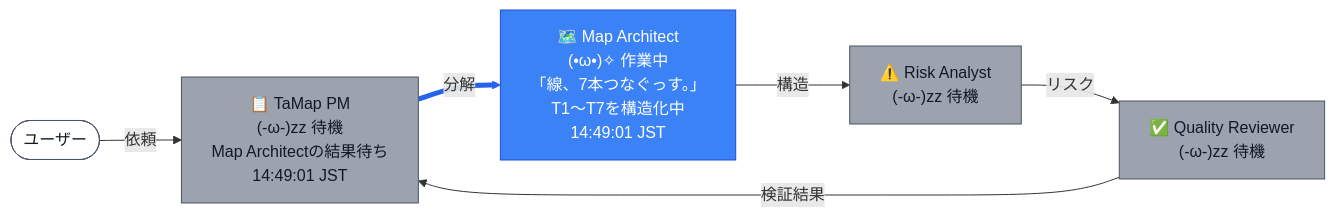
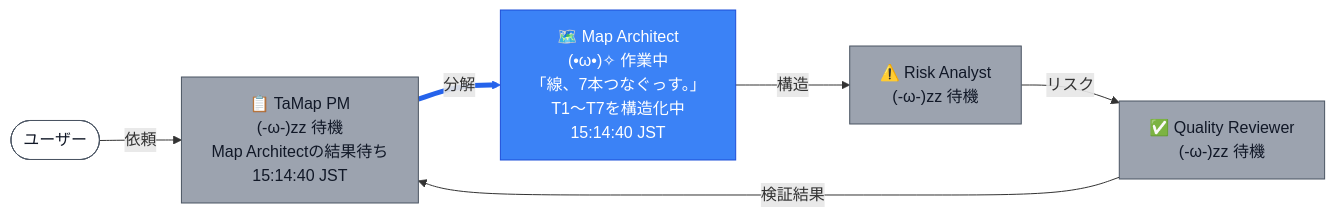
The sixth of 14 diagrams in docs/sample_output.md (nekomario28/tamap), drawn with Mermaid before and after one commit. The commit also changed other lines of this file and 10 other files, not shown here.

````diff
--- a/docs/sample_output.md
+++ b/docs/sample_output.md
@@ -152,22 +188,22 @@
 ```mermaid
 flowchart LR
   U(["ユーザー"])
-  PM["📋 TaMap PM<br>(-ω-)zz 待機<br>Map Architectの結果待ち<br>14:49:01 JST"]
-  MA["🗺️ Map Architect<br>(•ω•)✧ 作業中<br>「線、7本つなぐっす。」<br>T1〜T7を構造化中<br>14:49:01 JST"]
+  PM["📋 TaMap PM<br>(-ω-)zz 待機<br>Map Architectの結果待ち<br>15:14:40 JST"]
+  MA["🗺️ Map Architect<br>(•ω•)✧ 作業中<br>「線、7本つなぐっす。」<br>T1〜T7を構造化中<br>15:14:40 JST"]
   RA["⚠️ Risk Analyst<br>(-ω-)zz 待機"]
   QR["✅ Quality Reviewer<br>(-ω-)zz 待機"]
   U -- 依頼 --> PM
   PM -- 分解 --> MA
   MA -- 構造 --> RA
   RA -- リスク --> QR
   QR -- 検証結果 --> PM
   classDef idle fill:#9ca3af,stroke:#4b5563,color:#111827
   classDef working fill:#3b82f6,stroke:#1d4ed8,color:#ffffff
   classDef done fill:#22c55e,stroke:#15803d,color:#ffffff
   classDef error fill:#ef4444,stroke:#991b1b,color:#ffffff
   classDef user fill:#ffffff,stroke:#4b5563,color:#111827
   class U user
   class PM,RA,QR idle
   class MA working
   linkStyle 1 stroke:#2563eb,stroke-width:5px
 ```
````
